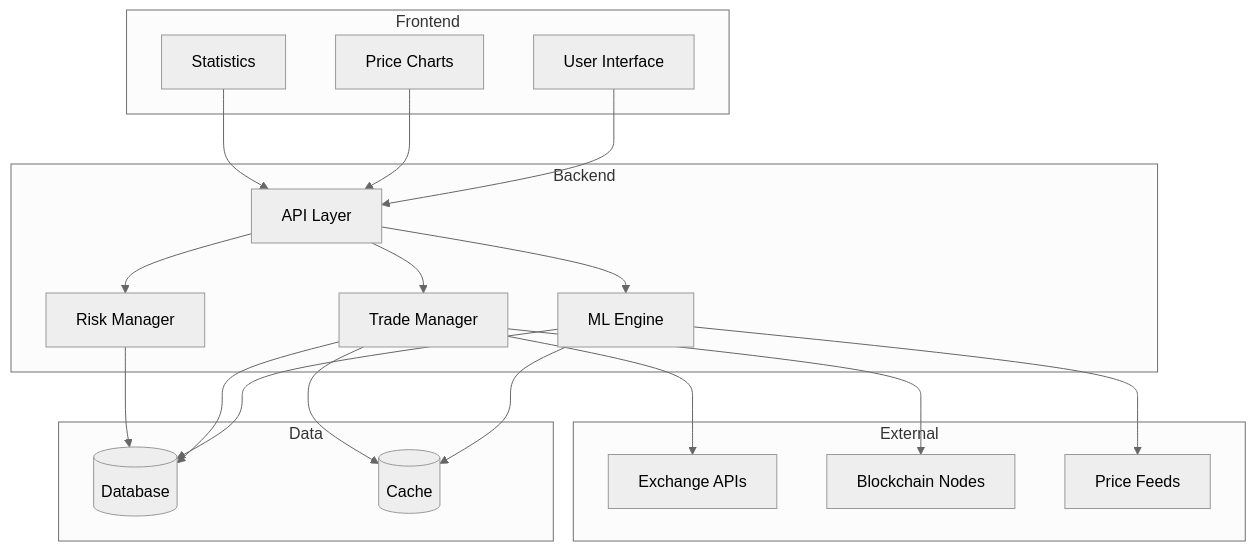
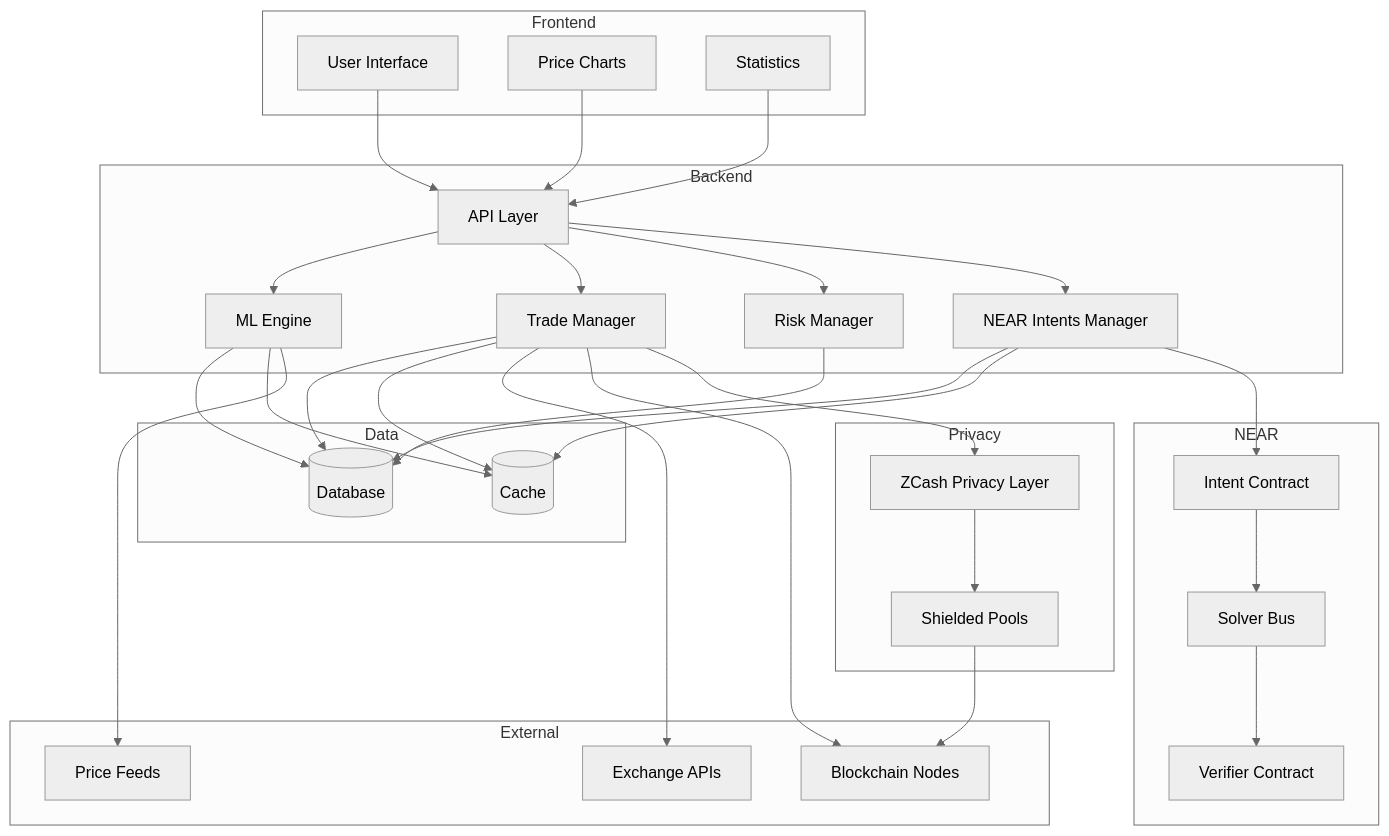
One commit to jayshreeanand/zcash-arbitrator changed the first of 3 diagrams in README.md. Above: the diagram before and after it, drawn with Mermaid (neutral theme). The commit also changed other lines of this file, not shown here.

````diff
--- a/README.md
+++ b/README.md
@@ -43,45 +43,68 @@
 ```mermaid
 graph TB
     subgraph Frontend
         UI[User Interface]
         Charts[Price Charts]
         Stats[Statistics]
     end
 
     subgraph Backend
         API[API Layer]
         ML[ML Engine]
         TM[Trade Manager]
         RM[Risk Manager]
+        NI[NEAR Intents Manager]
+    end
+
+    subgraph Privacy
+        ZP[ZCash Privacy Layer]
+        SP[Shielded Pools]
+    end
+
+    subgraph NEAR
+        IC[Intent Contract]
+        SB[Solver Bus]
+        VC[Verifier Contract]
     end
 
     subgraph Data
         DB[(Database)]
         Cache[(Cache)]
     end
 
     subgraph External
         EX1[Exchange APIs]
         BC1[Blockchain Nodes]
         PR1[Price Feeds]
     end
 
     UI --> API
     Charts --> API
     Stats --> API
 
     API --> ML
     API --> TM
     API --> RM
+    API --> NI
 
     ML --> DB
     TM --> DB
     RM --> DB
+    NI --> DB
 
     ML --> Cache
     TM --> Cache
+    NI --> Cache
 
     TM --> EX1
     TM --> BC1
     ML --> PR1
+
+    NI --> IC
+    IC --> SB
+    SB --> VC
+
+    TM --> ZP
+    ZP --> SP
+    SP --> BC1
 ```
````
